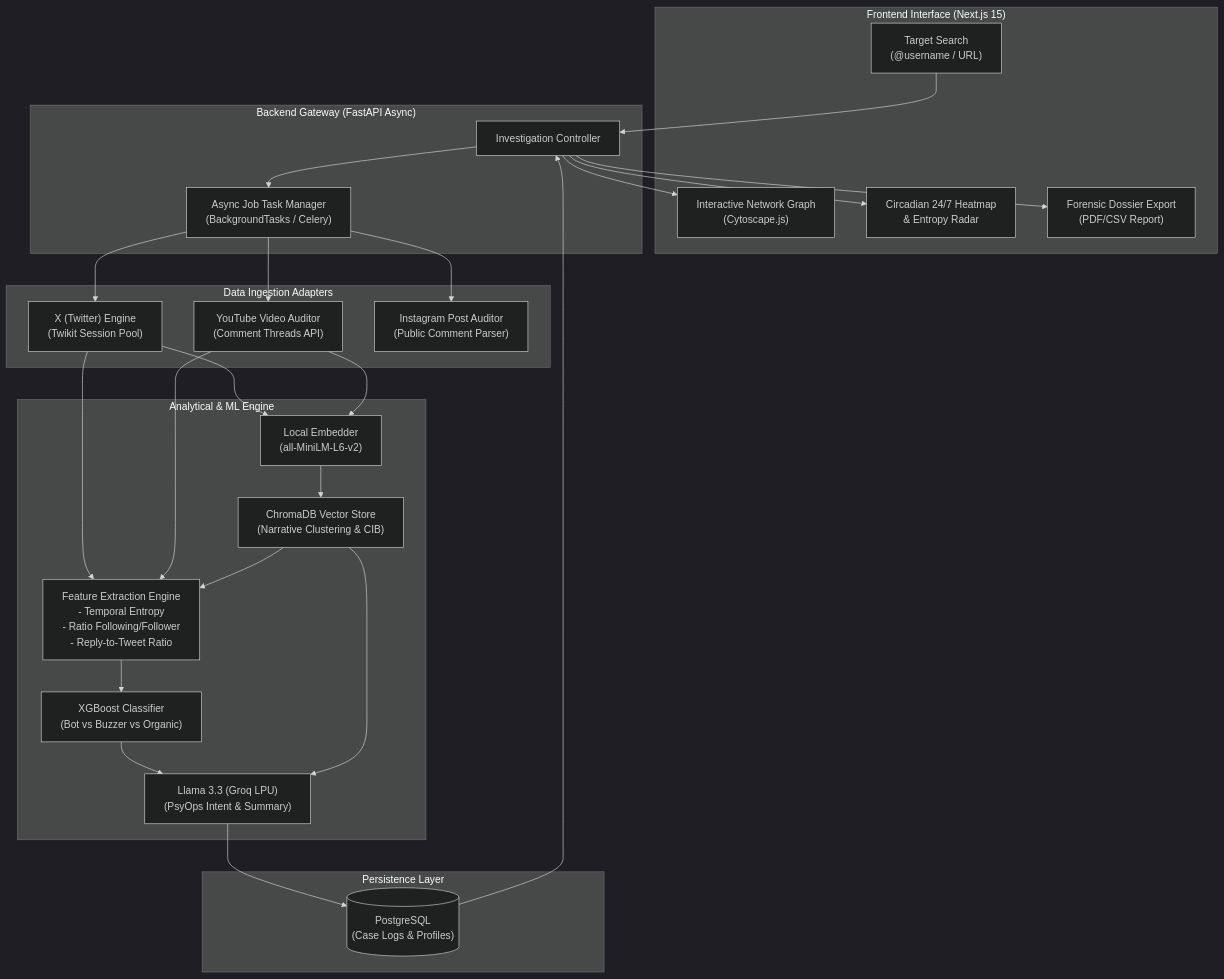
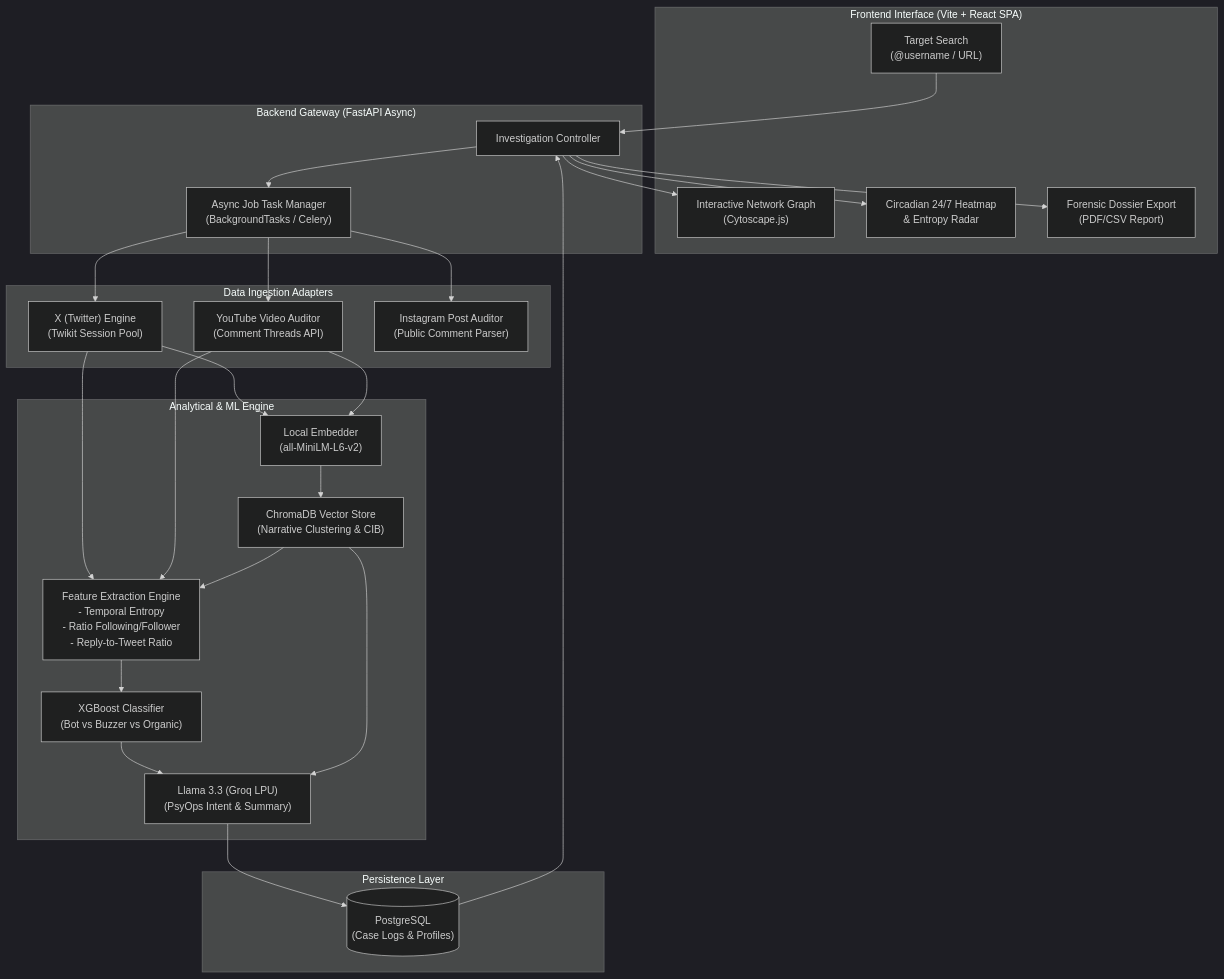
Before and after one commit to AcademyCity-RND/AC-ProjectAxiom: the first of 2 diagrams in docs/PRD-Axiom.md, drawn with Mermaid (dark theme). The commit also changed other lines of this file and 2 other files, not shown here.

Commit message:
docs: finalize PRD, roadmap checklist, and quickstart documentation

````diff
--- a/docs/PRD-Axiom.md
+++ b/docs/PRD-Axiom.md
@@ -97,48 +99,48 @@
 ```mermaid
 flowchart TD
-    subgraph UI["Frontend Interface (Next.js 15)"]
+    subgraph UI["Frontend Interface (Vite + React SPA)"]
         Search["Target Search\n(@username / URL)"]
         GraphView["Interactive Network Graph\n(Cytoscape.js)"]
         HeatmapView["Circadian 24/7 Heatmap\n& Entropy Radar"]
         ReportView["Forensic Dossier Export\n(PDF/CSV Report)"]
     end
 
     subgraph API["Backend Gateway (FastAPI Async)"]
         Router["Investigation Controller"]
         Queue["Async Job Task Manager\n(BackgroundTasks / Celery)"]
     end
 
     subgraph Ingestion["Data Ingestion Adapters"]
         XAdapter["X (Twitter) Engine\n(Twikit Session Pool)"]
         YTAdapter["YouTube Video Auditor\n(Comment Threads API)"]
         IGAdapter["Instagram Post Auditor\n(Public Comment Parser)"]
     end
 
     subgraph AI["Analytical & ML Engine"]
         FeatEng["Feature Extraction Engine\n- Temporal Entropy\n- Ratio Following/Follower\n- Reply-to-Tweet Ratio"]
         Embedder["Local Embedder\n(all-MiniLM-L6-v2)"]
         XGB["XGBoost Classifier\n(Bot vs Buzzer vs Organic)"]
         Chroma["ChromaDB Vector Store\n(Narrative Clustering & CIB)"]
         LLM["Llama 3.3 (Groq LPU)\n(PsyOps Intent & Summary)"]
     end
 
     subgraph Storage["Persistence Layer"]
         PG[("PostgreSQL\n(Case Logs & Profiles)")]
     end
 
     %% Connections
     Search --> Router
     Router --> Queue
     Queue --> XAdapter & YTAdapter & IGAdapter
     XAdapter & YTAdapter --> FeatEng & Embedder
     
     FeatEng --> XGB
     Embedder --> Chroma
     Chroma --> FeatEng
     
     XGB & Chroma --> LLM
     LLM --> PG
     
     PG --> Router
     Router --> GraphView & HeatmapView & ReportView
 ```
````
